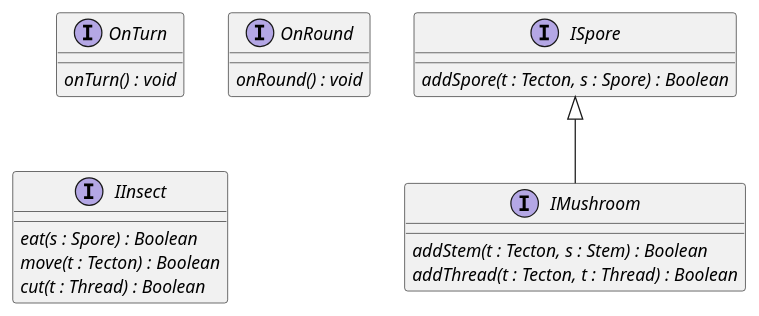
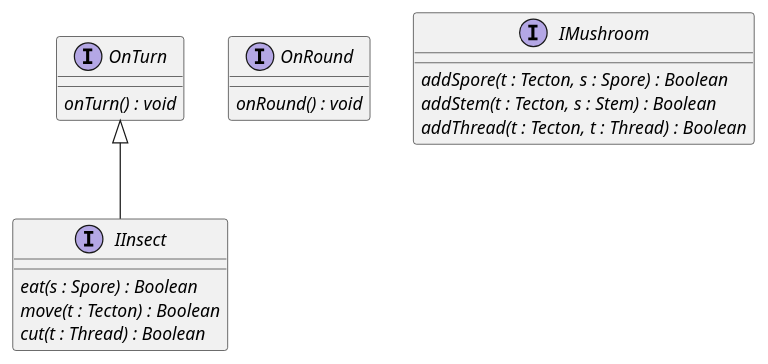
One commit to Petya-G/fungorium changed the diagram in 4/classes/interface.puml. Above: the diagram before and after it, drawn with PlantUML. The commit also changed 10 other files, not shown here.

```diff
--- a/4/classes/interface.puml
+++ b/4/classes/interface.puml
@@ -1,26 +1,23 @@
 @startuml interface
 
 interface OnTurn{
     {abstract} onTurn() : void
 }
 
 interface OnRound{
     {abstract} onRound() : void
 }
 
-interface IInsect{
+interface IInsect implements OnTurn{
     {abstract} eat(s : Spore) : Boolean
     {abstract} move(t : Tecton) : Boolean
     {abstract} cut(t : Thread) : Boolean
 }
 
-interface ISpore{
+interface IMushroom{
     {abstract} addSpore(t : Tecton, s : Spore) : Boolean
-}
-
-interface IMushroom implements ISpore{
     {abstract} addStem(t : Tecton, s : Stem) : Boolean
     {abstract} addThread(t : Tecton, t : Thread) : Boolean
 }
 
 @enduml
```
